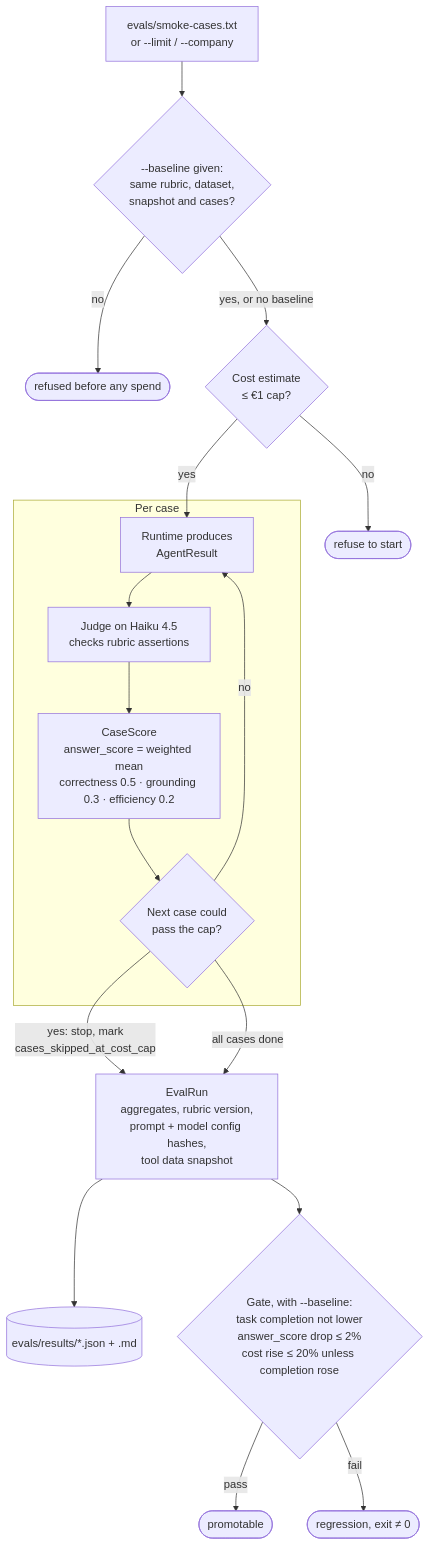
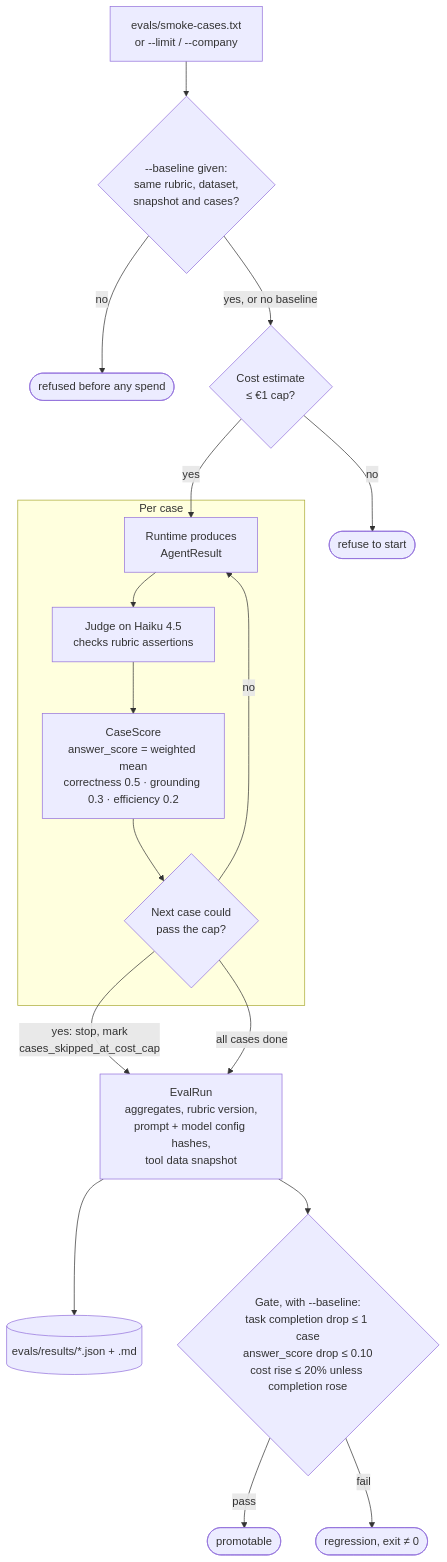
One commit to jellewillekes/recon-agent changed the fourth of 6 diagrams in docs/architecture.md. Above: the diagram before and after it, drawn with Mermaid. The commit also changed 10 other files, not shown here.

````diff
--- a/docs/architecture.md
+++ b/docs/architecture.md
@@ -160,22 +160,22 @@
 ```mermaid
 flowchart TB
     CS[evals/smoke-cases.txt<br/>or --limit / --company] --> PRE{"--baseline given:<br/>same rubric, dataset,<br/>snapshot and cases?"}
     PRE -- no --> REF([refused before any spend])
     PRE -- "yes, or no baseline" --> EST{Cost estimate<br/>≤ €1 cap?}
     EST -- no --> STOP([refuse to start])
     EST -- yes --> RUN
 
     subgraph LOOP [Per case]
         RUN[Runtime produces<br/>AgentResult] --> JUDGE[Judge on Haiku 4.5<br/>checks rubric assertions]
         JUDGE --> SCORE["CaseScore<br/>answer_score = weighted mean<br/>correctness 0.5 · grounding 0.3 · efficiency 0.2"]
         SCORE --> CAP{Next case could<br/>pass the cap?}
     end
     CAP -- no --> RUN
     CAP -- "yes: stop, mark<br/>cases_skipped_at_cost_cap" --> AGG
     CAP -- all cases done --> AGG
 
     AGG[EvalRun<br/>aggregates, rubric version,<br/>prompt + model config hashes,<br/>tool data snapshot] --> FILE[(evals/results/*.json + .md)]
-    AGG --> THR{"Gate, with --baseline:<br/>task completion not lower<br/>answer_score drop ≤ 2%<br/>cost rise ≤ 20% unless completion rose"}
+    AGG --> THR{"Gate, with --baseline:<br/>task completion drop ≤ 1 case<br/>answer_score drop ≤ 0.10<br/>cost rise ≤ 20% unless completion rose"}
     THR -- pass --> PROMO([promotable])
     THR -- fail --> REG([regression, exit ≠ 0])
 ```
````
